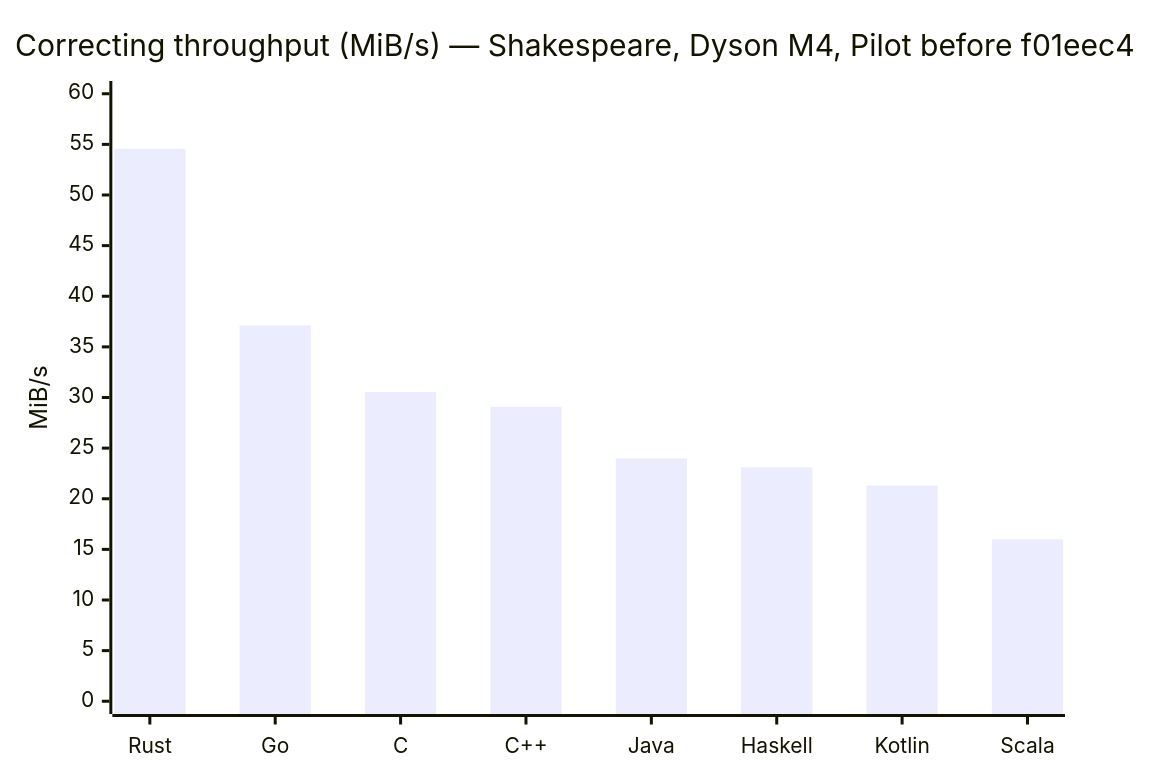
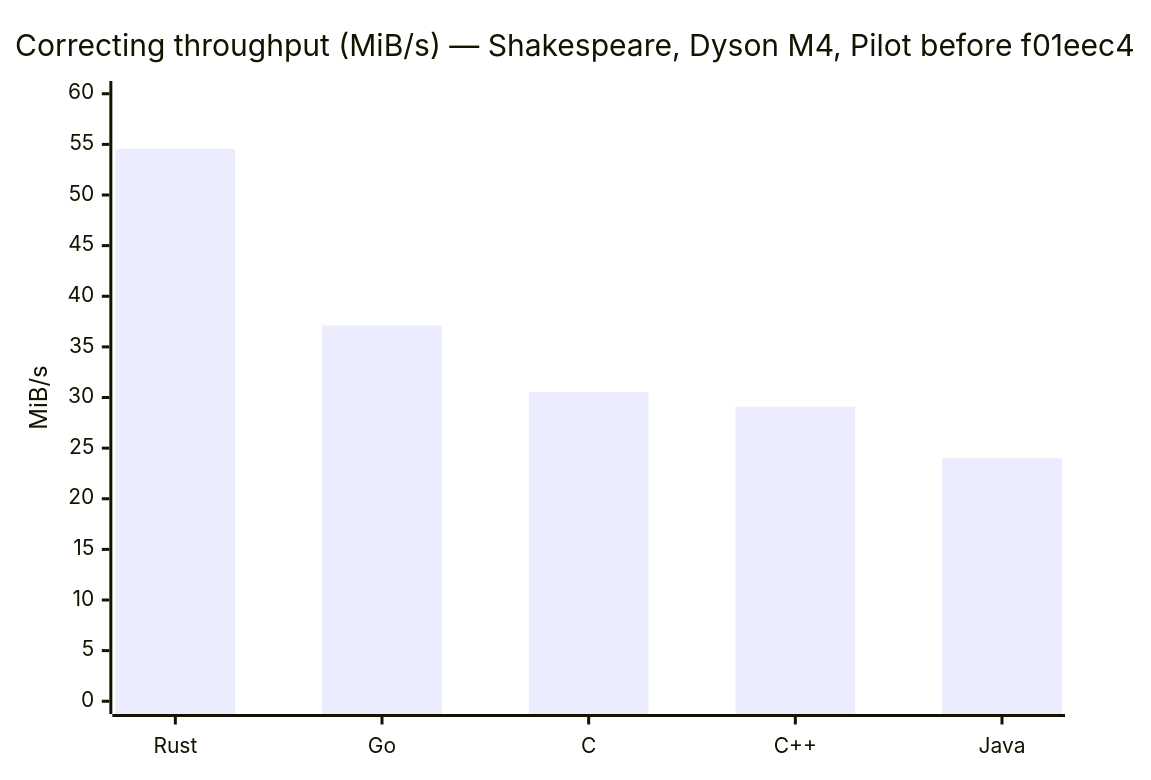
Before and after one commit to darrelllong/Delta-Compression: the fourth of 10 diagrams in ANALYSIS.md, drawn with Mermaid. The commit also changed other lines of this file and 6 other files, not shown here.

First line of the commit message:
Benchmarks: remove Haskell, Kotlin and Scala

````diff
--- a/ANALYSIS.md
+++ b/ANALYSIS.md
@@ -544,7 +493,7 @@
 ```mermaid
 xychart-beta
     title "Correcting throughput (MiB/s) — Shakespeare, Dyson M4, Pilot before f01eec4"
-    x-axis ["Rust", "Go", "C", "C++", "Java", "Haskell", "Kotlin", "Scala"]
+    x-axis ["Rust", "Go", "C", "C++", "Java"]
     y-axis "MiB/s" 0 --> 60
-    bar [54.56, 37.12, 30.54, 29.09, 23.99, 23.11, 21.30, 16.00]
+    bar [54.56, 37.12, 30.54, 29.09, 23.99]
 ```
````
